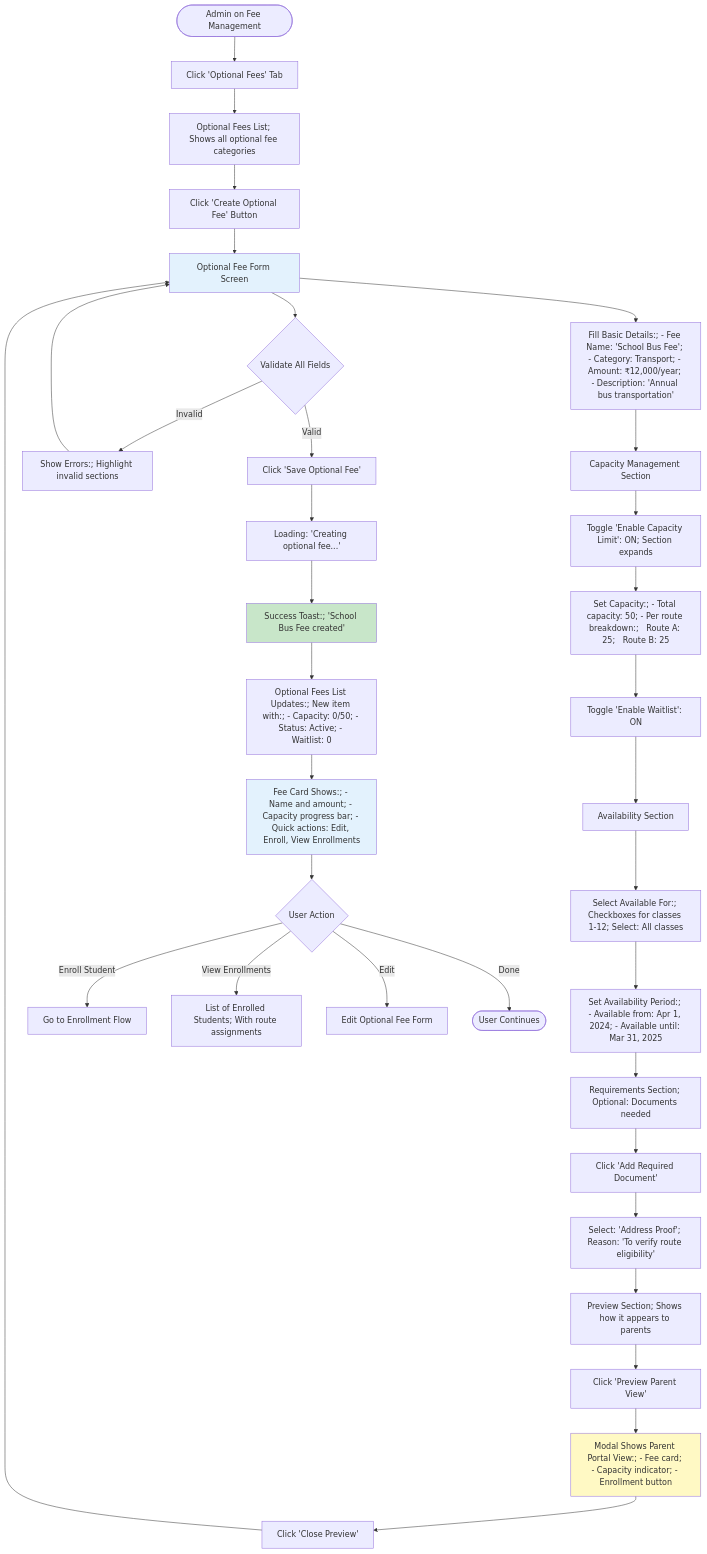
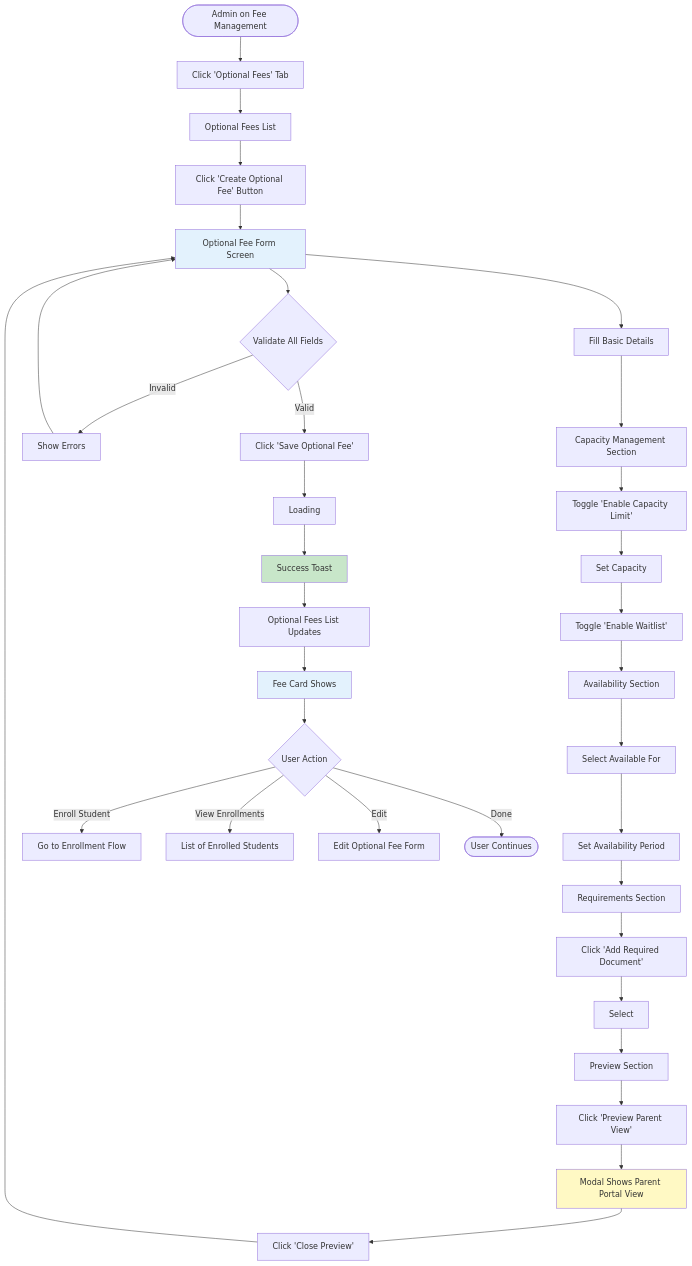
Before and after one commit to Armaan42/fee_management: the fifth of 6 diagrams in docs/modules/1-fee-structure/USER_FLOWS.md, drawn with Mermaid. The commit also changed other lines of this file and 1 other file, not shown here.

First line of the commit message:
Fix Mermaid syntax - simplify all node labels

````diff
--- a/docs/modules/1-fee-structure/USER_FLOWS.md
+++ b/docs/modules/1-fee-structure/USER_FLOWS.md
@@ -475,62 +475,62 @@
 ```mermaid
 flowchart TD
     Start([Admin on Fee Management]) --> ClickOptional[Click 'Optional Fees' Tab]
-    ClickOptional --> OptionalList[Optional Fees List; Shows all optional fee categories]
+    ClickOptional --> OptionalList[Optional Fees List]
     
     OptionalList --> ClickNew[Click 'Create Optional Fee' Button]
     ClickNew --> FormScreen[Optional Fee Form Screen]
     
-    FormScreen --> FillBasic[Fill Basic Details:; - Fee Name: 'School Bus Fee'; - Category: Transport; - Amount: ₹12,000/year; - Description: 'Annual bus transportation']
+    FormScreen --> FillBasic[Fill Basic Details]
     
     FillBasic --> CapacitySection[Capacity Management Section]
     
-    CapacitySection --> EnableCapacity[Toggle 'Enable Capacity Limit': ON; Section expands]
+    CapacitySection --> EnableCapacity[Toggle 'Enable Capacity Limit']
     
-    EnableCapacity --> SetCapacity[Set Capacity:; - Total capacity: 50; - Per route breakdown:;   Route A: 25;   Route B: 25]
+    EnableCapacity --> SetCapacity[Set Capacity]
     
-    SetCapacity --> WaitlistToggle[Toggle 'Enable Waitlist': ON]
+    SetCapacity --> WaitlistToggle[Toggle 'Enable Waitlist']
     WaitlistToggle --> AvailabilitySection[Availability Section]
     
-    AvailabilitySection --> SelectClasses[Select Available For:; Checkboxes for classes 1-12; Select: All classes]
+    AvailabilitySection --> SelectClasses[Select Available For]
     
-    SelectClasses --> SetDates[Set Availability Period:; - Available from: Apr 1, 2024; - Available until: Mar 31, 2025]
+    SelectClasses --> SetDates[Set Availability Period]
     
-    SetDates --> RequirementsSection[Requirements Section; Optional: Documents needed]
+    SetDates --> RequirementsSection[Requirements Section]
     
     RequirementsSection --> AddDoc[Click 'Add Required Document']
-    AddDoc --> SelectDocType[Select: 'Address Proof'; Reason: 'To verify route eligibility']
+    AddDoc --> SelectDocType[Select]
     
-    SelectDocType --> PreviewSection[Preview Section; Shows how it appears to parents]
+    SelectDocType --> PreviewSection[Preview Section]
     
     PreviewSection --> ClickPreview[Click 'Preview Parent View']
-    ClickPreview --> PreviewModal[Modal Shows Parent Portal View:; - Fee card; - Capacity indicator; - Enrollment button]
+    ClickPreview --> PreviewModal[Modal Shows Parent Portal View]
     
     PreviewModal --> ClosePreview[Click 'Close Preview']
     ClosePreview --> FormScreen
     
     FormScreen --> ValidateForm{Validate All Fields}
     
-    ValidateForm -->|Invalid| ShowErrors[Show Errors:; Highlight invalid sections]
+    ValidateForm -->|Invalid| ShowErrors[Show Errors]
     ShowErrors --> FormScreen
     
     ValidateForm -->|Valid| ClickSave[Click 'Save Optional Fee']
-    ClickSave --> LoadingState[Loading: 'Creating optional fee...']
+    ClickSave --> LoadingState[Loading]
     
-    LoadingState --> SuccessToast[Success Toast:; 'School Bus Fee created']
+    LoadingState --> SuccessToast[Success Toast]
     
-    SuccessToast --> UpdatedList[Optional Fees List Updates:; New item with:; - Capacity: 0/50; - Status: Active; - Waitlist: 0]
+    SuccessToast --> UpdatedList[Optional Fees List Updates]
     
-    UpdatedList --> ShowCard[Fee Card Shows:; - Name and amount; - Capacity progress bar; - Quick actions: Edit, Enroll, View Enrollments]
+    UpdatedList --> ShowCard[Fee Card Shows]
     
     ShowCard --> UserChoice{User Action}
     
     UserChoice -->|Enroll Student| EnrollFlow[Go to Enrollment Flow]
-    UserChoice -->|View Enrollments| EnrollmentList[List of Enrolled Students; With route assignments]
+    UserChoice -->|View Enrollments| EnrollmentList[List of Enrolled Students]
     UserChoice -->|Edit| EditForm[Edit Optional Fee Form]
     UserChoice -->|Done| End([User Continues])
     
     style FormScreen fill:#e3f2fd
     style PreviewModal fill:#fff9c4
     style SuccessToast fill:#c8e6c9
     style ShowCard fill:#e3f2fd
 ```
````
